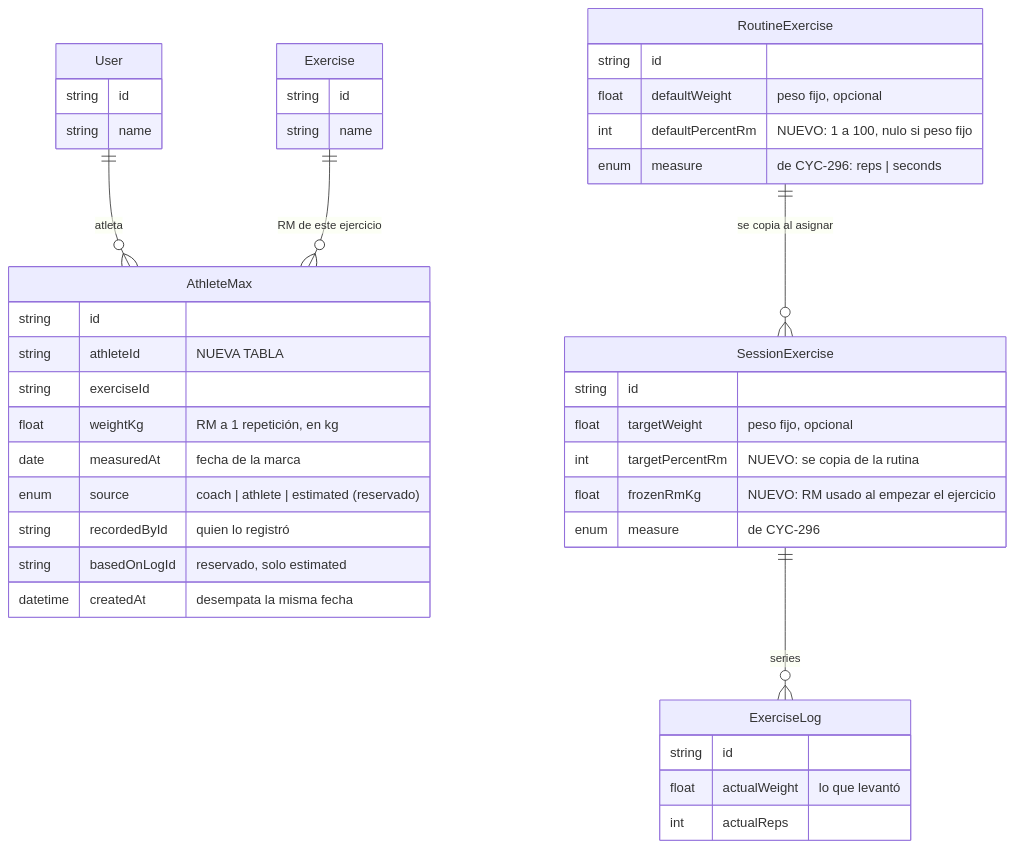
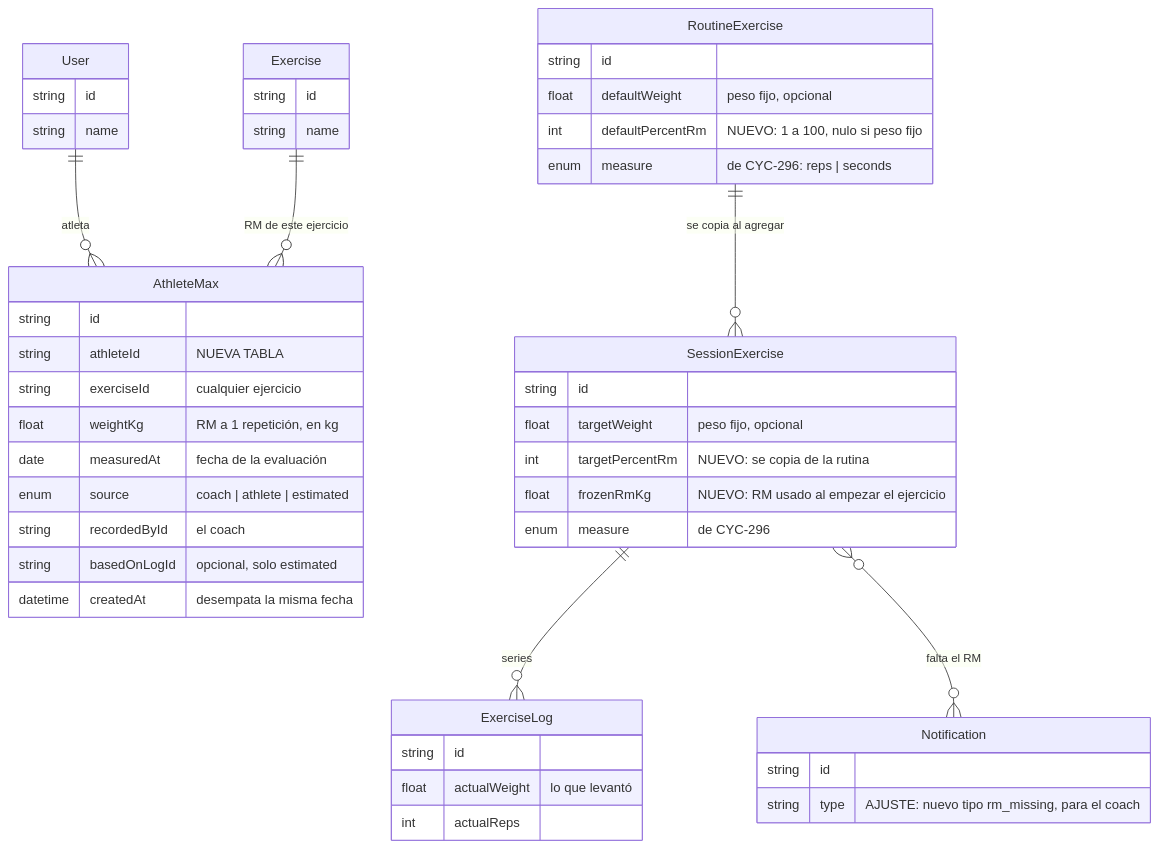
The first of 2 diagrams in docs/diseno/rm-porcentaje/README.md (mariapazGomez/cycles), drawn with Mermaid before and after one commit. The commit also changed other lines of this file, not shown here.

````diff
--- a/docs/diseno/rm-porcentaje/README.md
+++ b/docs/diseno/rm-porcentaje/README.md
@@ -64,44 +67,49 @@
 ```mermaid
 erDiagram
     User {
         string id
         string name
     }
     Exercise {
         string id
         string name
     }
     AthleteMax {
         string id
         string athleteId "NUEVA TABLA"
-        string exerciseId
+        string exerciseId "cualquier ejercicio"
         float weightKg "RM a 1 repetición, en kg"
-        date measuredAt "fecha de la marca"
-        enum source "coach | athlete | estimated (reservado)"
-        string recordedById "quien lo registró"
-        string basedOnLogId "reservado, solo estimated"
+        date measuredAt "fecha de la evaluación"
+        enum source "coach | athlete | estimated"
+        string recordedById "el coach"
+        string basedOnLogId "opcional, solo estimated"
         datetime createdAt "desempata la misma fecha"
     }
     RoutineExercise {
         string id
         float defaultWeight "peso fijo, opcional"
         int defaultPercentRm "NUEVO: 1 a 100, nulo si peso fijo"
         enum measure "de CYC-296: reps | seconds"
     }
     SessionExercise {
         string id
         float targetWeight "peso fijo, opcional"
         int targetPercentRm "NUEVO: se copia de la rutina"
         float frozenRmKg "NUEVO: RM usado al empezar el ejercicio"
         enum measure "de CYC-296"
     }
     ExerciseLog {
         string id
         float actualWeight "lo que levantó"
         int actualReps
     }
+    Notification {
+        string id
+        string type "AJUSTE: nuevo tipo rm_missing, para el coach"
+    }
     User ||--o{ AthleteMax : "atleta"
     Exercise ||--o{ AthleteMax : "RM de este ejercicio"
-    RoutineExercise ||--o{ SessionExercise : "se copia al asignar"
+    RoutineExercise ||--o{ SessionExercise : "se copia al agregar"
     SessionExercise ||--o{ ExerciseLog : "series"
+    SessionExercise }o--o{ Notification : "falta el RM"
 ```
````
